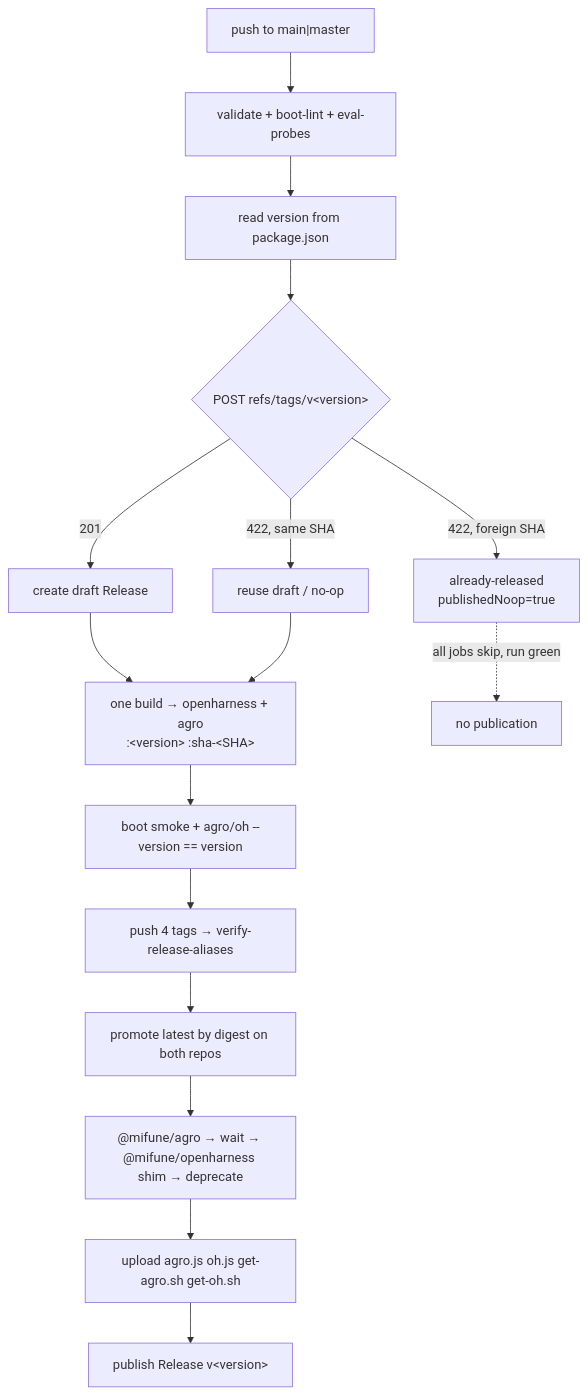
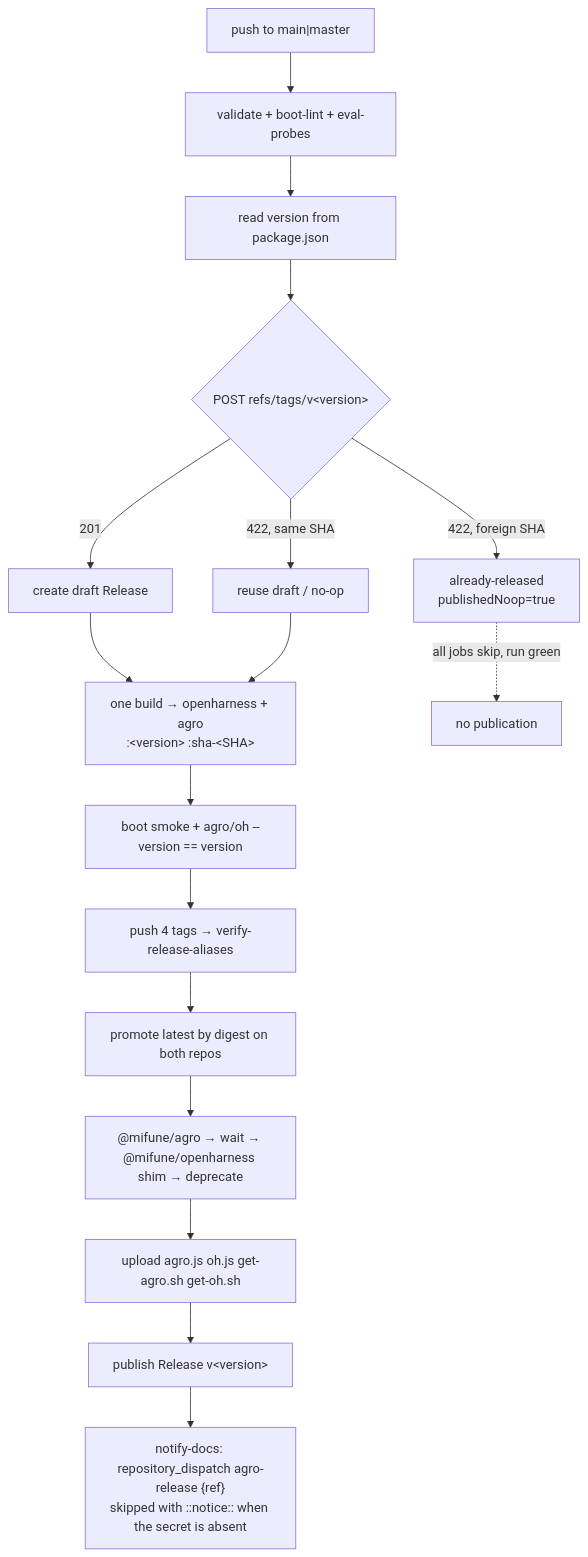
The diagram in .agro/knowledge/source/release-versioning.md (ryaneggz/open-harness), drawn with Mermaid before and after one commit. The commit also changed other lines of this file and 12 other files, not shown here.

````diff
--- a/.agro/knowledge/source/release-versioning.md
+++ b/.agro/knowledge/source/release-versioning.md
@@ -74,18 +76,19 @@
 ```mermaid
 flowchart TD
     PUSH["push to main|master"] --> GATE["validate + boot-lint + eval-probes"]
     GATE --> READ["read version from package.json"]
     READ --> RESERVE{"POST refs/tags/v&lt;version&gt;"}
     RESERVE -->|201| DRAFT["create draft Release"]
     RESERVE -->|422, same SHA| RECOVER["reuse draft / no-op"]
     RESERVE -->|422, foreign SHA| SKIP["already-released<br/>publishedNoop=true"]
     DRAFT --> IMAGE["one build → openharness + agro<br/>:&lt;version&gt; :sha-&lt;SHA&gt;"]
     RECOVER --> IMAGE
     IMAGE --> SMOKE["boot smoke + agro/oh --version == version"]
     SMOKE --> PUSHIMG["push 4 tags → verify-release-aliases"]
     PUSHIMG --> LATEST["promote latest by digest on both repos"]
     LATEST --> NPM["@mifune/agro → wait → @mifune/openharness shim → deprecate"]
     NPM --> ASSETS["upload agro.js oh.js get-agro.sh get-oh.sh"]
     ASSETS --> FINAL["publish Release v&lt;version&gt;"]
+    FINAL --> NOTIFY["notify-docs: repository_dispatch agro-release {ref}<br/>skipped with ::notice:: when the secret is absent"]
     SKIP -.->|all jobs skip, run green| DONE["no publication"]
 ```
````
